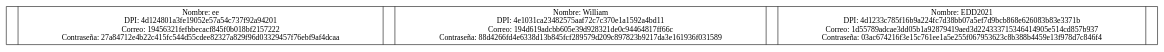
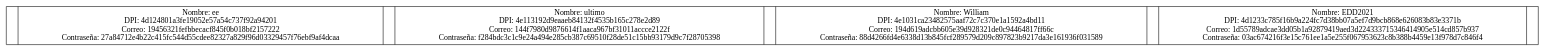
One commit to William58-0/201909103_ProyectoEDD changed the diagram in backend/diagrama.dot. Above: the diagram before and after it, drawn with Graphviz. The commit also changed 5 other files, not shown here.

```diff
--- a/backend/diagrama.dot
+++ b/backend/diagrama.dot
@@ -1,4 +1,4 @@
 digraph G{
 node[shape=record]
-node0xc0000de840[label="<f0>|<f1>Nombre: ee\nDPI: 4d124801a3fe19052e57a54c737f92a94201\nCorreo: 19456321fefbbecacf845f0b018bf2157222\nContraseña: 27a84712e4b22c415fc544d55cdee82327a829f96d03329457f76ebf9af4dcaa|<f2>|<f3>Nombre: William\nDPI: 4e1031ca23482575aaf72c7c370e1a1592a4bd11\nCorreo: 194d619adcbb605e39d928321de0c94464817ff66c\nContraseña: 88d4266fd4e6338d13b845fcf289579d209c897823b9217da3e161936f031589|<f4>|<f5>Nombre: EDD2021\nDPI: 4d1233c785f16b9a224fc7d38bb07a5ef7d9bcb868e626083b83e3371b\nCorreo: 1d55789adcae3dd05b1a92879419aed3d224333715346414905e514cd857b937\nContraseña: 03ac674216f3e15c761ee1a5e255f067953623c8b388b4459e13f978d7c846f4|<f6>"]
+node0xc0000de240[label="<f0>|<f1>Nombre: ee\nDPI: 4d124801a3fe19052e57a54c737f92a94201\nCorreo: 19456321fefbbecacf845f0b018bf2157222\nContraseña: 27a84712e4b22c415fc544d55cdee82327a829f96d03329457f76ebf9af4dcaa|<f2>|<f3>Nombre: ultimo\nDPI: 4e113192d9eaaeb84132f4535b165c278e2d89\nCorreo: 144f7980d9876614f1aaca967bf31011accce2122f\nContraseña: f284bdc3c1c9e24a494e285cb387c69510f28de51c15bb93179d9c7f28705398|<f4>|<f5>Nombre: William\nDPI: 4e1031ca23482575aaf72c7c370e1a1592a4bd11\nCorreo: 194d619adcbb605e39d928321de0c94464817ff66c\nContraseña: 88d4266fd4e6338d13b845fcf289579d209c897823b9217da3e161936f031589|<f6>|<f7>Nombre: EDD2021\nDPI: 4d1233c785f16b9a224fc7d38bb07a5ef7d9bcb868e626083b83e3371b\nCorreo: 1d55789adcae3dd05b1a92879419aed3d224333715346414905e514cd857b937\nContraseña: 03ac674216f3e15c761ee1a5e255f067953623c8b388b4459e13f978d7c846f4|<f8>"]
 }
```
